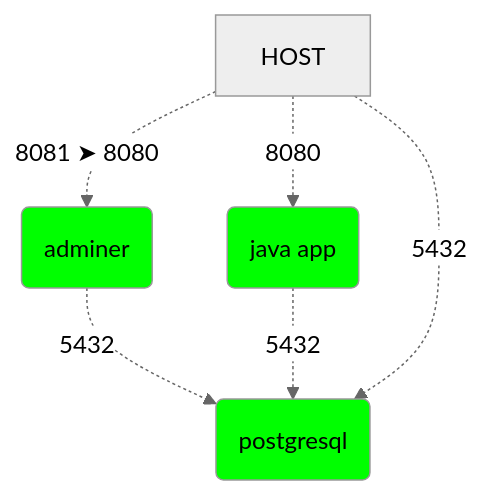
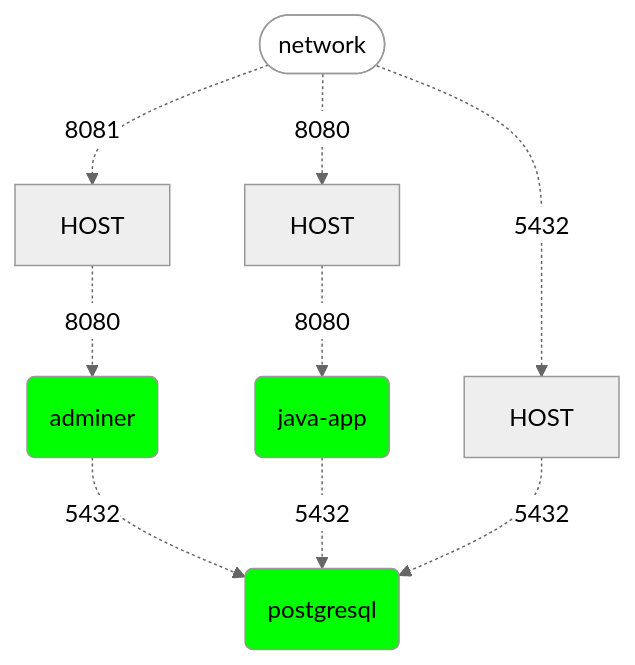
The diagram in README.md (Fradantim/docker-workshop), drawn with Mermaid (neutral theme) before and after one commit.

Commit message:
Update diagrama de red

````diff
--- a/README.md
+++ b/README.md
@@ -187,12 +187,18 @@
 ```mermaid
   flowchart TD
       B(postgresql)
       A(adminer) -.->|5432|B
-      J(java app) -.->|5432|B
-      H[HOST] -.->|5432|B
-      H -.->|8080|J
-      H -.->|8081 ➤ 8080|A
+      J(java-app) -.->|5432|B
+      
+      HB[HOST] -.->|5432|B
+      HA[HOST] -.->|8080|A
+      HJ[HOST] -.->|8080|J
+
+      N([network]) -.->|5432|HB
+      N([network]) -.->|8081|HA
+      N([network]) -.->|8080|HJ
 
   classDef container fill:lime;
   class A,J,B container;
+  style N fill:white;
 ```
````
